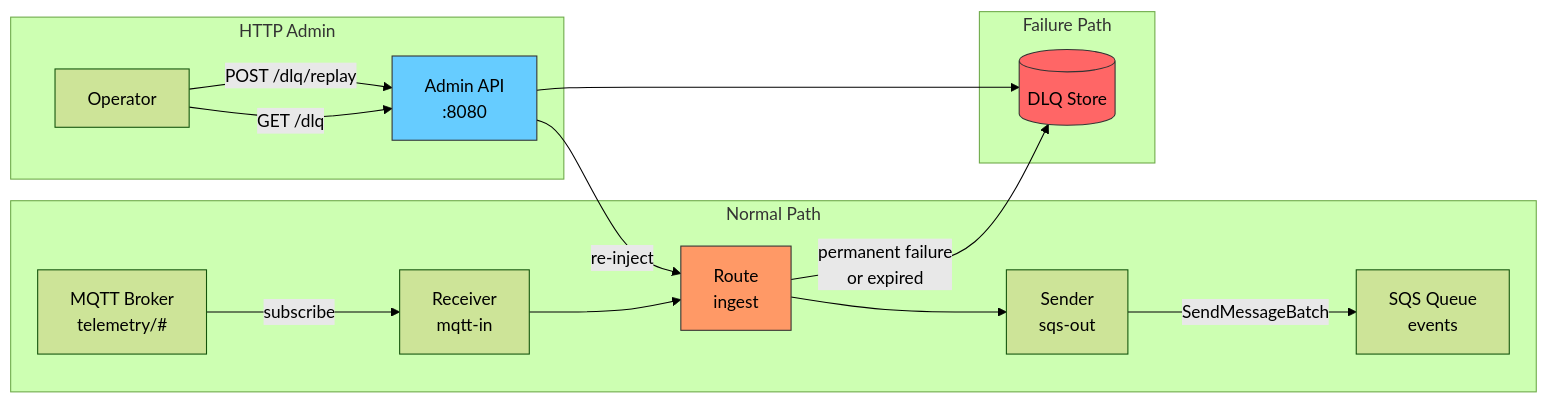
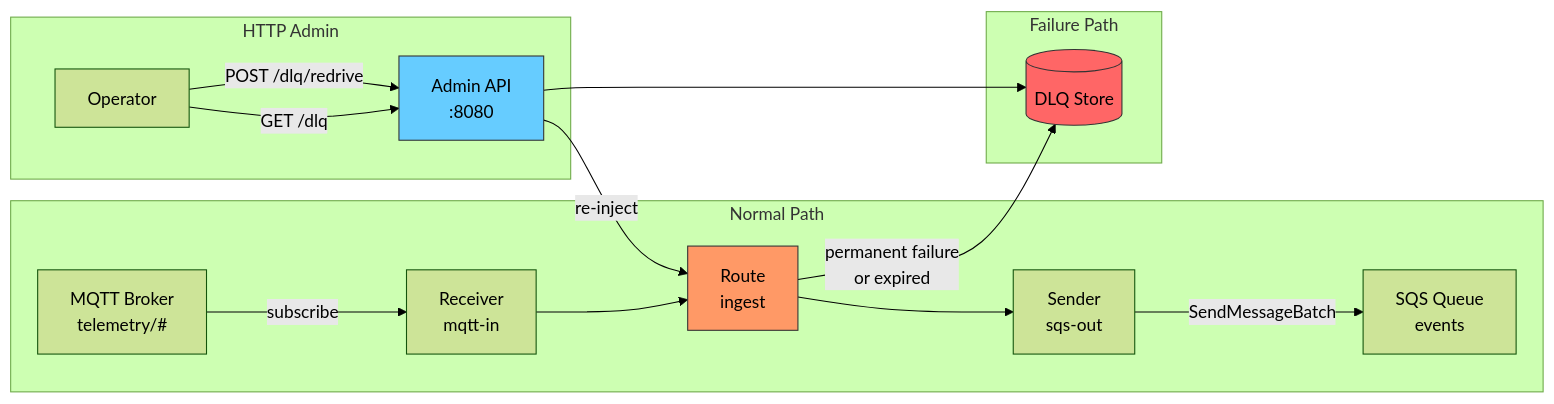
One commit to mariotoffia/gobridge changed the first of 3 diagrams in docs/scenarios/07-dlq-with-http-api.md. Above: the diagram before and after it, drawn with Mermaid (forest theme). The commit also changed other lines of this file and 305 other files, not shown here.

````diff
--- a/docs/scenarios/07-dlq-with-http-api.md
+++ b/docs/scenarios/07-dlq-with-http-api.md
@@ -16,24 +16,24 @@
 ```mermaid
 flowchart LR
     subgraph Normal Path
         MQTT["MQTT Broker\ntelemetry/#"] -->|subscribe| R[Receiver\nmqtt-in]
         R --> Route[Route\ningest]
         Route --> S[Sender\nsqs-out]
         S -->|SendMessageBatch| SQS["SQS Queue\nevents"]
     end
 
     subgraph Failure Path
         Route -->|permanent failure\nor expired| DLQ[(DLQ Store)]
     end
 
     subgraph HTTP Admin
         OP[Operator] -->|GET /dlq| API[Admin API\n:8080]
-        OP -->|POST /dlq/replay| API
+        OP -->|POST /dlq/redrive| API
         API --> DLQ
         API -->|re-inject| Route
     end
 
     style Route fill:#f96,stroke:#333
     style DLQ fill:#f66,stroke:#333
     style API fill:#6cf,stroke:#333
 ```
````
